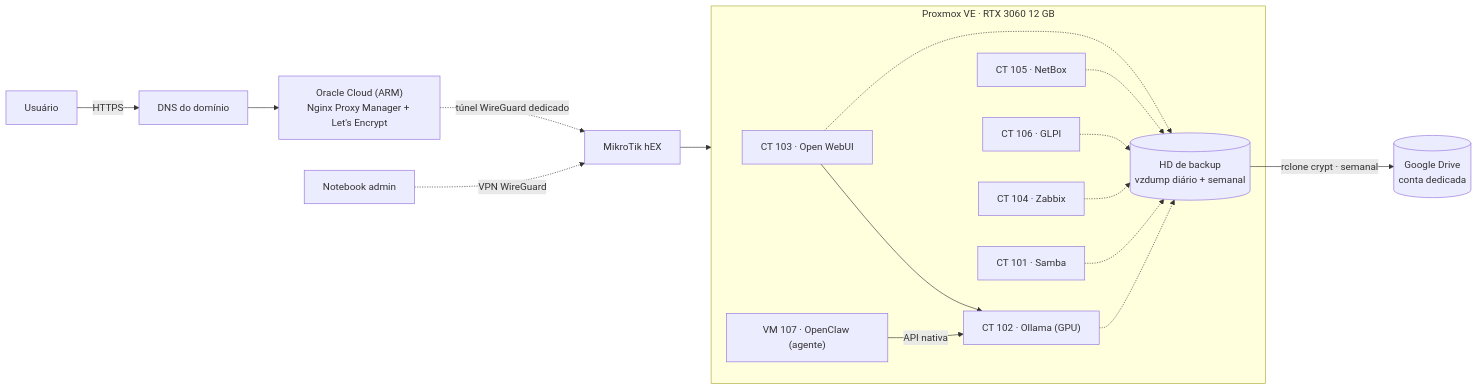
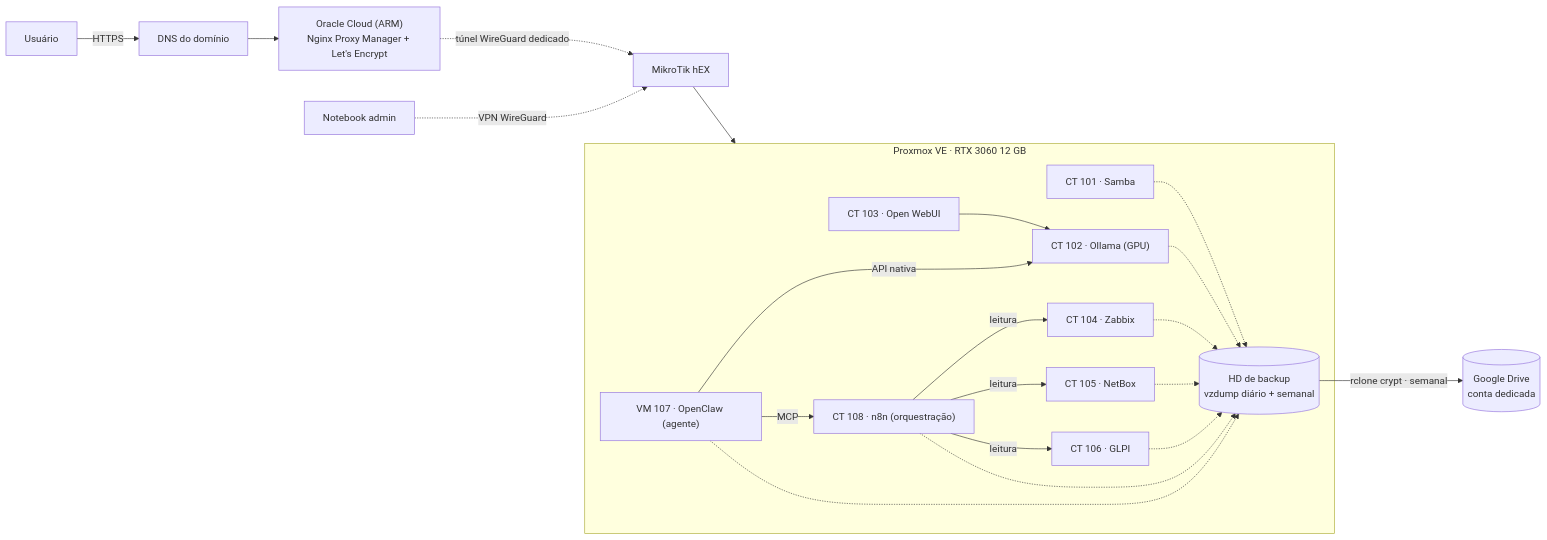
One commit to FelpsAlmeid/homelab-infra changed the diagram in README.md. Above: the diagram before and after it, drawn with Mermaid. The commit also changed other lines of this file and 19 other files, not shown here.

````diff
--- a/README.md
+++ b/README.md
@@ -11,21 +11,23 @@
 ```mermaid
 flowchart LR
     U[Usuário] -->|HTTPS| D[DNS do domínio]
     D --> O["Oracle Cloud (ARM)<br/>Nginx Proxy Manager + Let's Encrypt"]
     O -.->|túnel WireGuard dedicado| M[MikroTik hEX]
     N[Notebook admin] -.->|VPN WireGuard| M
     M --> P
 
     subgraph P["Proxmox VE · RTX 3060 12 GB"]
       W["CT 103 · Open WebUI"] --> L["CT 102 · Ollama (GPU)"]
       NB["CT 105 · NetBox"]
       G["CT 106 · GLPI"]
       Z["CT 104 · Zabbix"]
       S["CT 101 · Samba"]
       A["VM 107 · OpenClaw (agente)"] -->|"API nativa"| L
+      A -->|"MCP"| N8["CT 108 · n8n (orquestração)"]
+      N8 -->|"leitura"| Z & NB & G
       HD[("HD de backup<br/>vzdump diário + semanal")]
-      S & L & W & Z & NB & G -.-> HD
+      S & L & Z & NB & G & N8 & A -.-> HD
     end
 
     HD -->|"rclone crypt · semanal"| GD[("Google Drive<br/>conta dedicada")]
 ```
````
